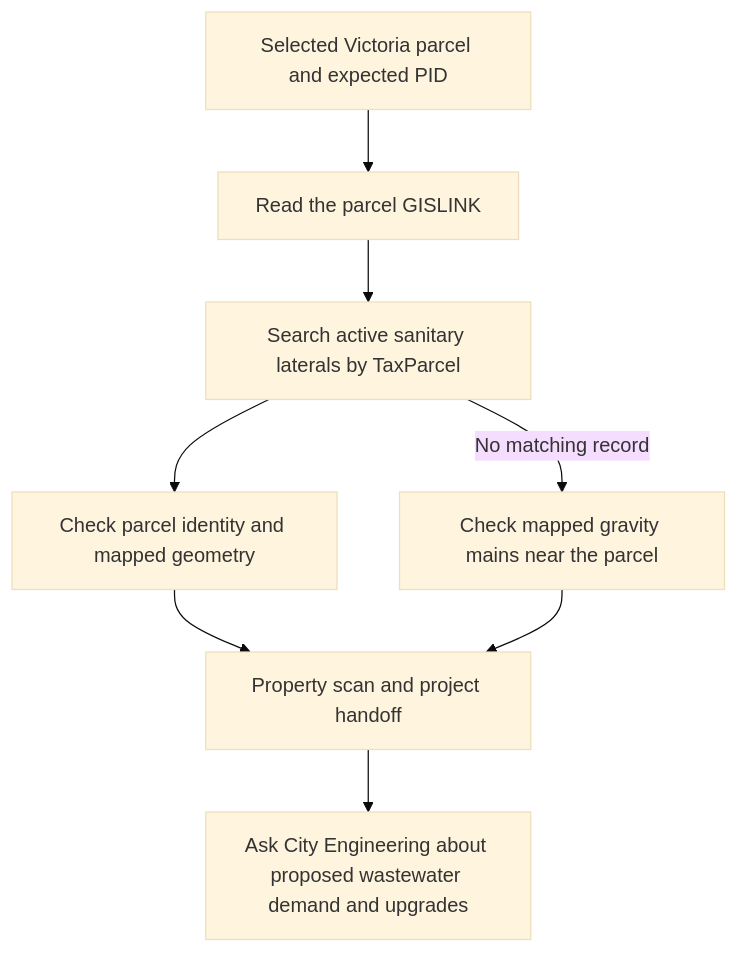
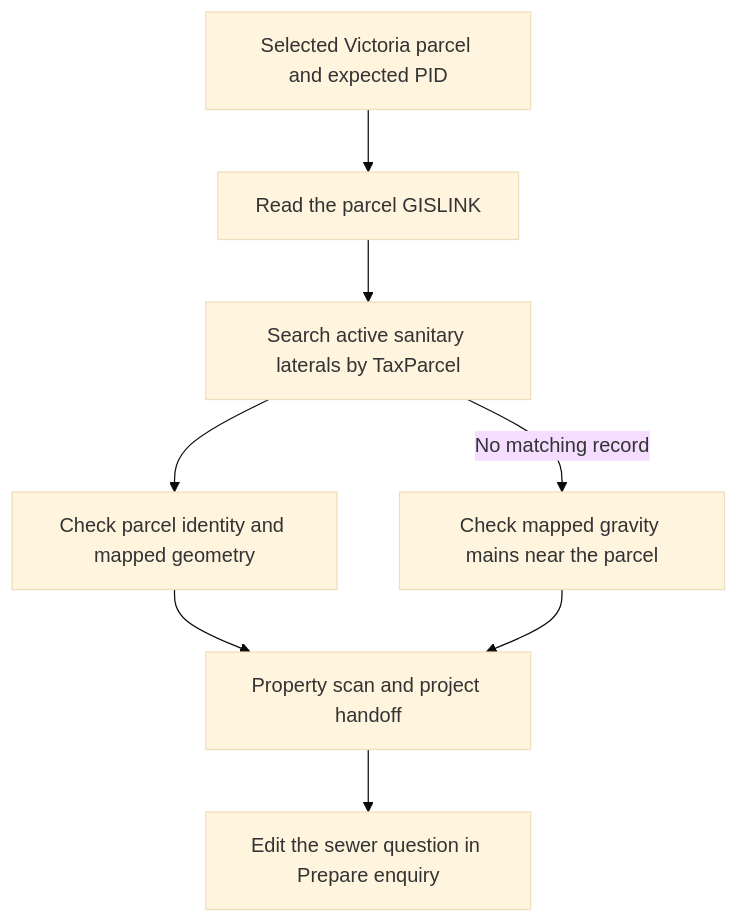
The diagram in docs/victoria-sanitary-sewer.md (QuinnPaterson96/ShovelReady), drawn with Mermaid (base theme) before and after one commit. The commit also changed other lines of this file and 19 other files, not shown here.

````diff
--- a/docs/victoria-sanitary-sewer.md
+++ b/docs/victoria-sanitary-sewer.md
@@ -3,10 +3,10 @@
 ```mermaid
 flowchart TD
     P[Selected Victoria parcel and expected PID] --> K[Read the parcel GISLINK]
     K --> L[Search active sanitary laterals by TaxParcel]
     L --> S[Check parcel identity and mapped geometry]
     S --> R[Property scan and project handoff]
     L -->|No matching record| M[Check mapped gravity mains near the parcel]
     M --> R
-    R --> Q[Ask City Engineering about proposed wastewater demand and upgrades]
+    R --> Q[Edit the sewer question in Prepare enquiry]
 ```
````
